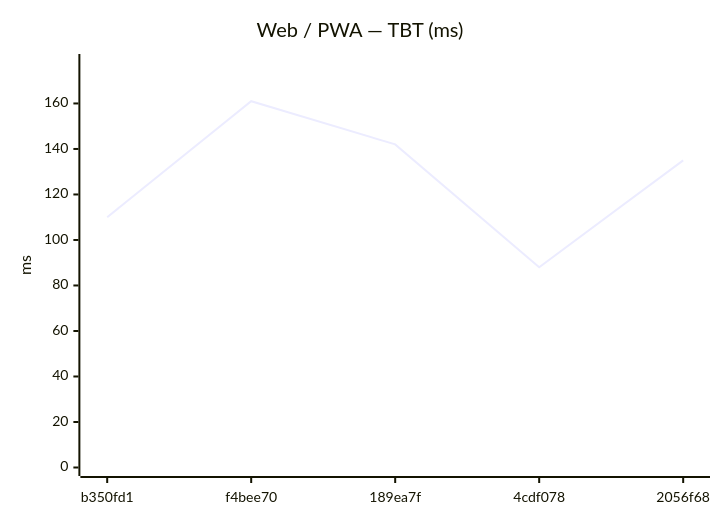
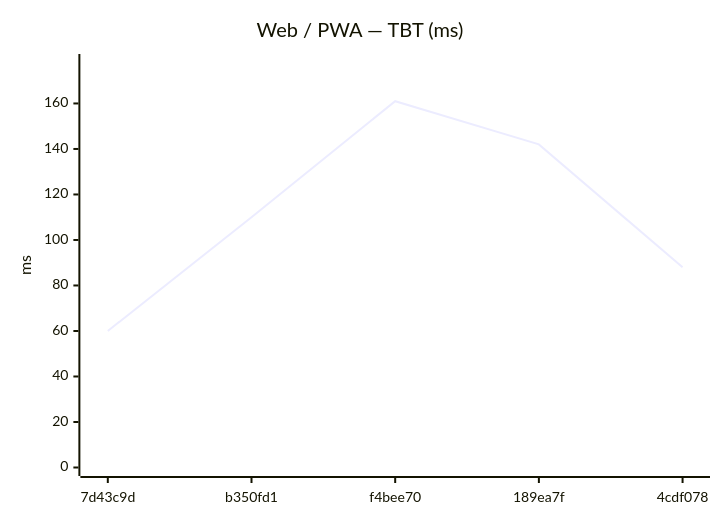
One commit to Metaheurist/Rianell changed the eighth of 18 diagrams in benchmarks/compare.md. Above: the diagram before and after it, drawn with Mermaid. The commit also changed other lines of this file and 11 other files, not shown here.

````diff
--- a/benchmarks/compare.md
+++ b/benchmarks/compare.md
@@ -124,7 +124,7 @@
 ```mermaid
 xychart-beta
     title "Web / PWA — TBT (ms)"
-    x-axis ["b350fd1", "f4bee70", "189ea7f", "4cdf078", "2056f68"]
+    x-axis ["7d43c9d", "b350fd1", "f4bee70", "189ea7f", "4cdf078"]
     y-axis "ms" 0 --> 178
-    line [110, 161, 142, 88, 135]
+    line [60, 110, 161, 142, 88]
 ```
````
